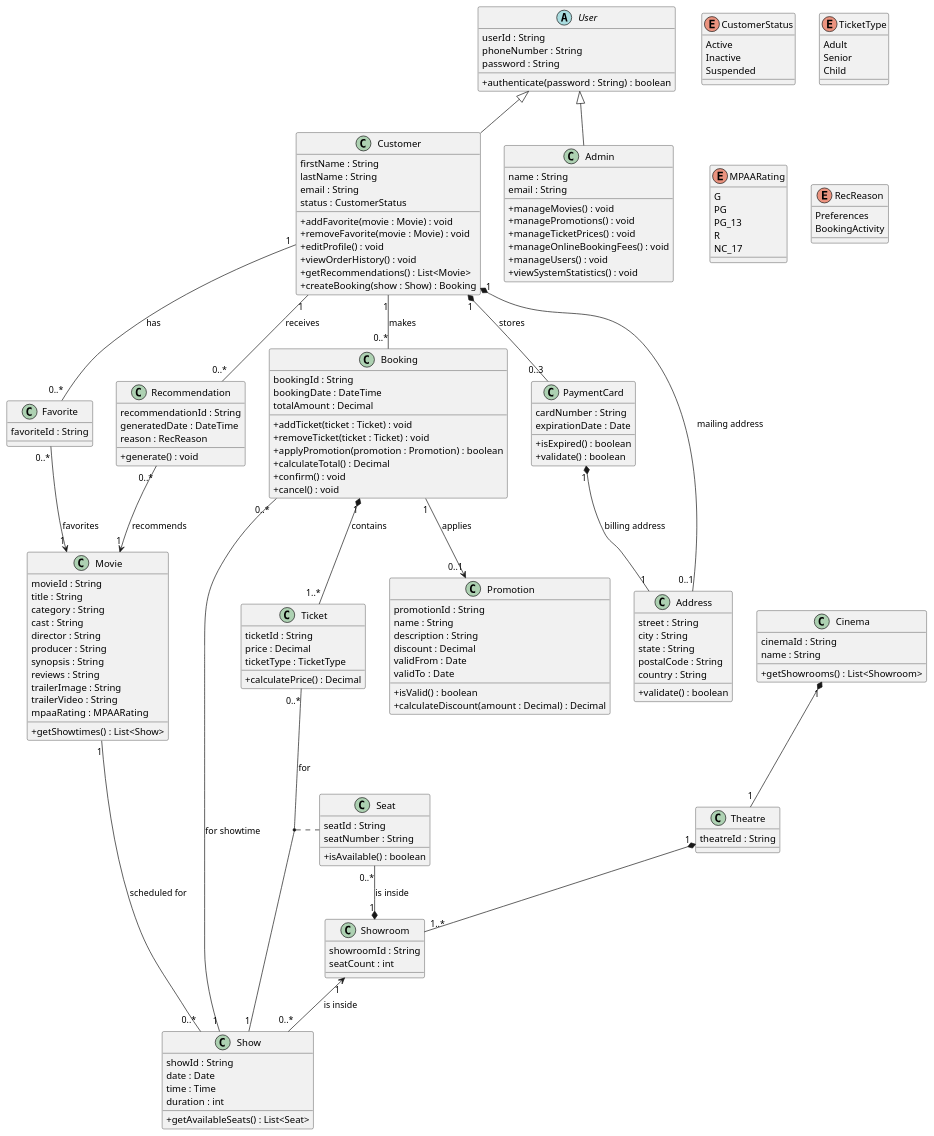
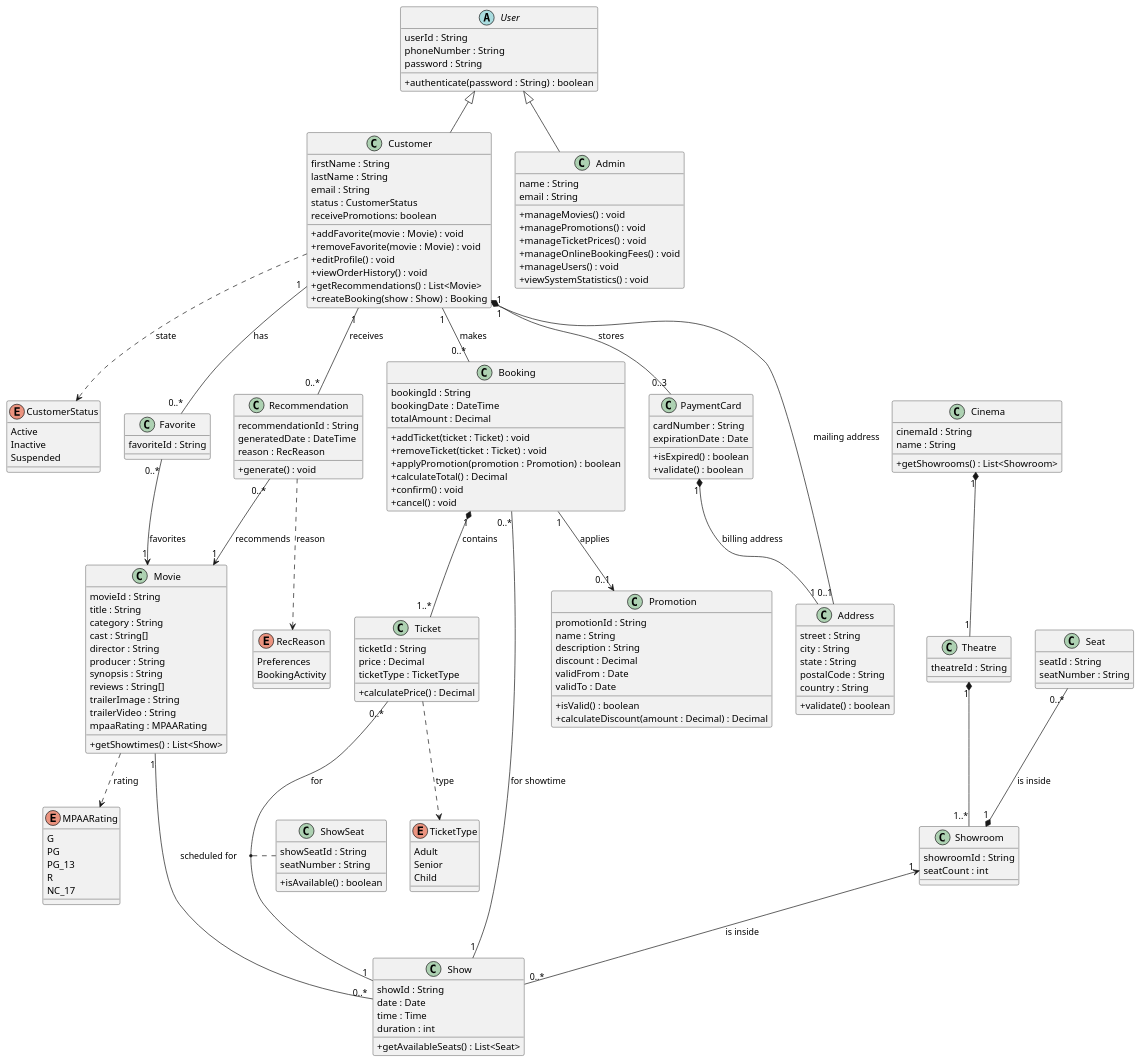
Before and after one commit to AdriGodaCS/CinemaEBookingApp: the diagram in diagrams/classdiagram.plantuml, drawn with PlantUML.

Commit message:
update plantuml

```diff
--- a/diagrams/classdiagram.plantuml
+++ b/diagrams/classdiagram.plantuml
@@ -19,6 +19,7 @@
     lastName : String
     email : String
     status : CustomerStatus
+    receivePromotions: boolean
 
     + addFavorite(movie : Movie) : void
     + removeFavorite(movie : Movie) : void
@@ -82,11 +83,11 @@
     movieId : String
     title : String
     category : String
-    cast : String
+    cast : String[]
     director : String
     producer : String
     synopsis : String
-    reviews : String
+    reviews : String[]
     trailerImage : String
     trailerVideo : String
     mpaaRating : MPAARating
@@ -96,6 +97,11 @@
 
 Customer "1" -- "0..*" Favorite : has
 Favorite "0..*" --> "1" Movie : favorites
+
+Customer ..> CustomerStatus : state
+Ticket ..> TicketType : type
+Recommendation ..> RecReason: reason
+Movie ..> MPAARating : rating
 
 
 ' ==========================================
@@ -139,10 +145,15 @@
     seatCount : int    
 }
 
+class ShowSeat {
+    showSeatId : String
+    seatNumber : String    
+    + isAvailable() : boolean
+}
+
 class Seat {
     seatId : String
-    seatNumber : String    
-    + isAvailable() : boolean
+    seatNumber : String        
 }
 
 Cinema "1" *-- "1" Theatre
@@ -204,7 +215,7 @@
 }
 
 Ticket "0..*" -- "1" Show : for
-(Ticket, Show) .. Seat
+(Ticket, Show) .. ShowSeat
 
 
 ' ==========================================
```
